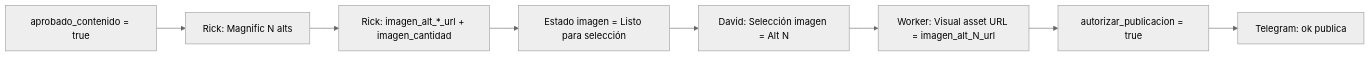
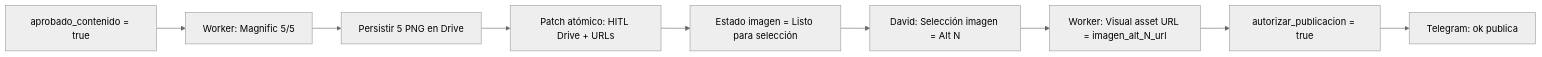
The diagram in docs/ops/notion-publicaciones-v2-visual-gates-schema.md (Umbral-Bot/umbral-agent-stack), drawn with Mermaid (neutral theme) before and after one commit. The commit also changed other lines of this file and 14 other files, not shown here.

Commit message:
feat(editorial): persist HITL images to Drive (#680)

````diff
--- a/docs/ops/notion-publicaciones-v2-visual-gates-schema.md
+++ b/docs/ops/notion-publicaciones-v2-visual-gates-schema.md
@@ -33,10 +33,11 @@
 ```mermaid
 flowchart LR
-  G1["aprobado_contenido = true"] --> GEN["Rick: Magnific N alts"]
-  GEN --> FILL["Rick: imagen_alt_*_url + imagen_cantidad"]
+  G1["aprobado_contenido = true"] --> GEN["Worker: Magnific 5/5"]
+  GEN --> DRIVE["Persistir 5 PNG en Drive"]
+  DRIVE --> FILL["Patch atómico: HITL Drive + URLs"]
   FILL --> READY["Estado imagen = Listo para selección"]
   READY --> SEL["David: Selección imagen = Alt N"]
   SEL --> COPY["Worker: Visual asset URL = imagen_alt_N_url"]
   COPY --> G2["autorizar_publicacion = true"]
   G2 --> TG["Telegram: ok publica"]
 ```
````
